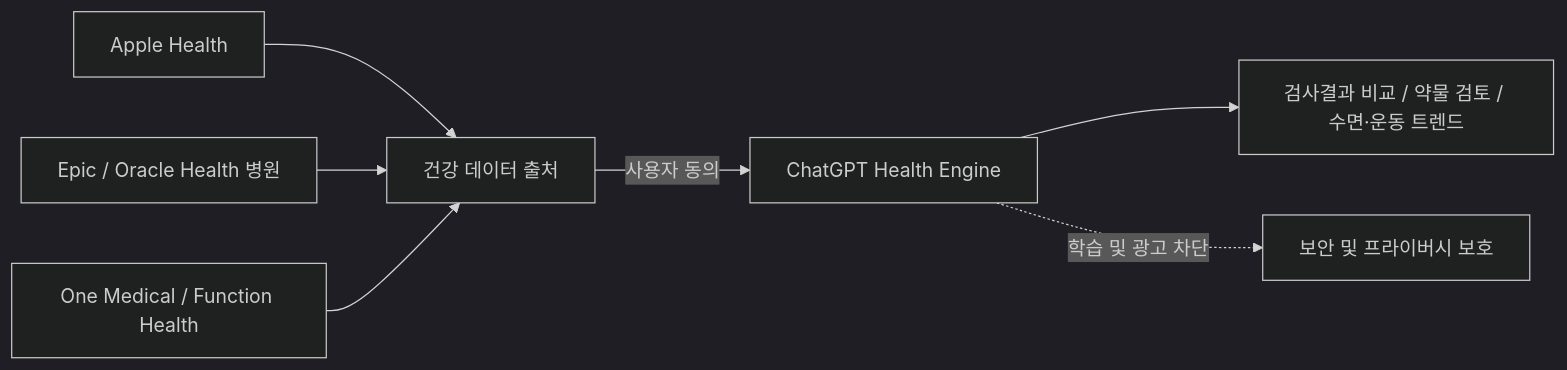
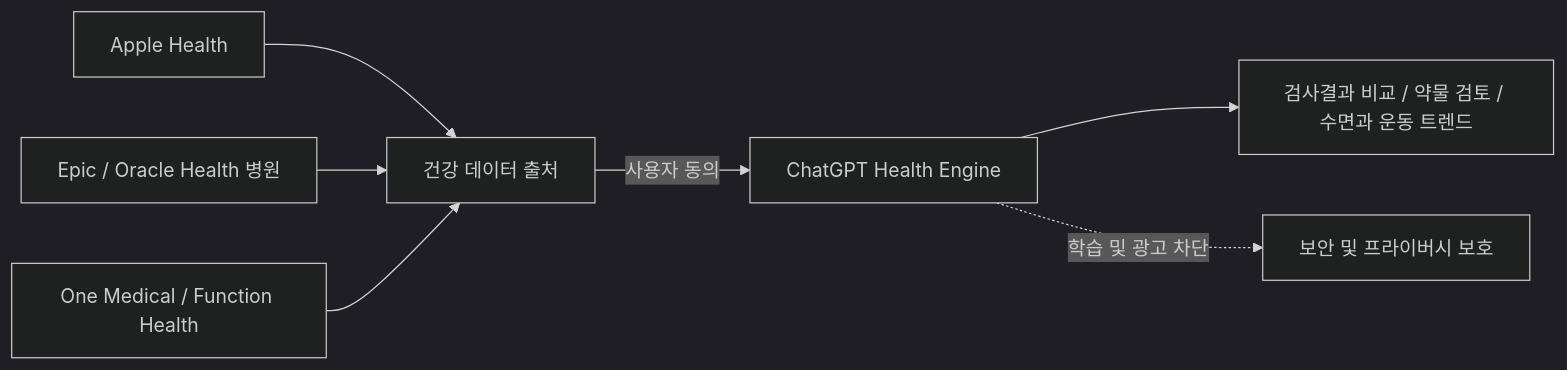
Before and after one commit to jjxxmiin/jjxxmiin.github.io: the second of 4 diagrams in _posts/2026-07-26-openai-launches-health-in-chatgpt-integrating-emr-and-apple-health-data.md, drawn with Mermaid (dark theme). The commit also changed other lines of this file and 624 other files, not shown here.

````diff
--- a/_posts/2026-07-26-openai-launches-health-in-chatgpt-integrating-emr-and-apple-health-data.md
+++ b/_posts/2026-07-26-openai-launches-health-in-chatgpt-integrating-emr-and-apple-health-data.md
@@ -92,9 +97,9 @@
 ```mermaid
 flowchart LR
     SubGraph1[건강 데이터 출처] -->|사용자 동의| ChatGPT[ChatGPT Health Engine]
     Apple[Apple Health] --> SubGraph1
     Hospital[Epic / Oracle Health 병원] --> SubGraph1
     Services[One Medical / Function Health] --> SubGraph1
-    ChatGPT --> Insights[검사결과 비교 / 약물 검토 / 수면·운동 트렌드]
+    ChatGPT --> Insights[검사결과 비교 / 약물 검토 / 수면과 운동 트렌드]
     ChatGPT -.->|학습 및 광고 차단| Security[보안 및 프라이버시 보호]
 ```
````
